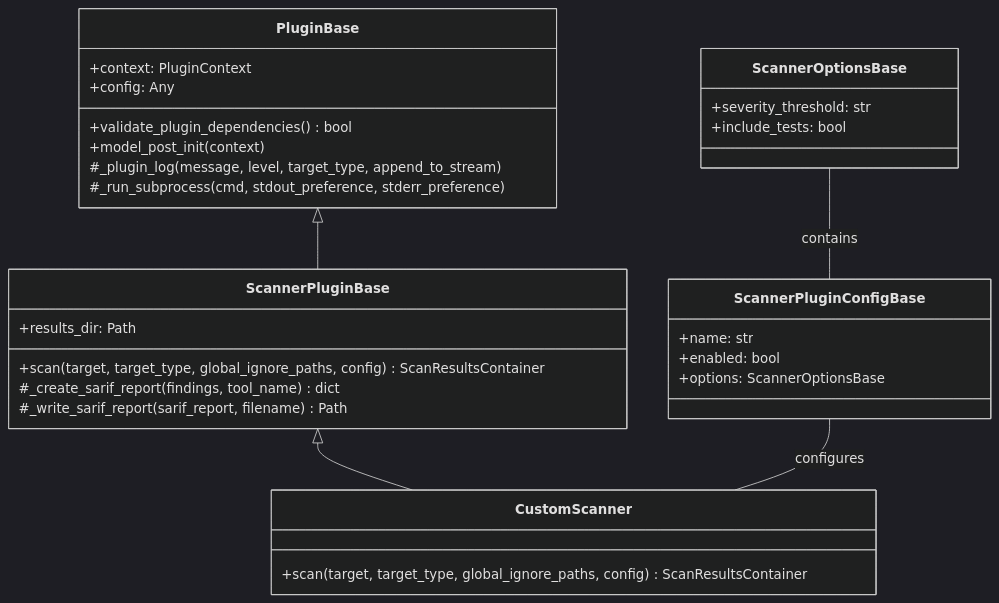
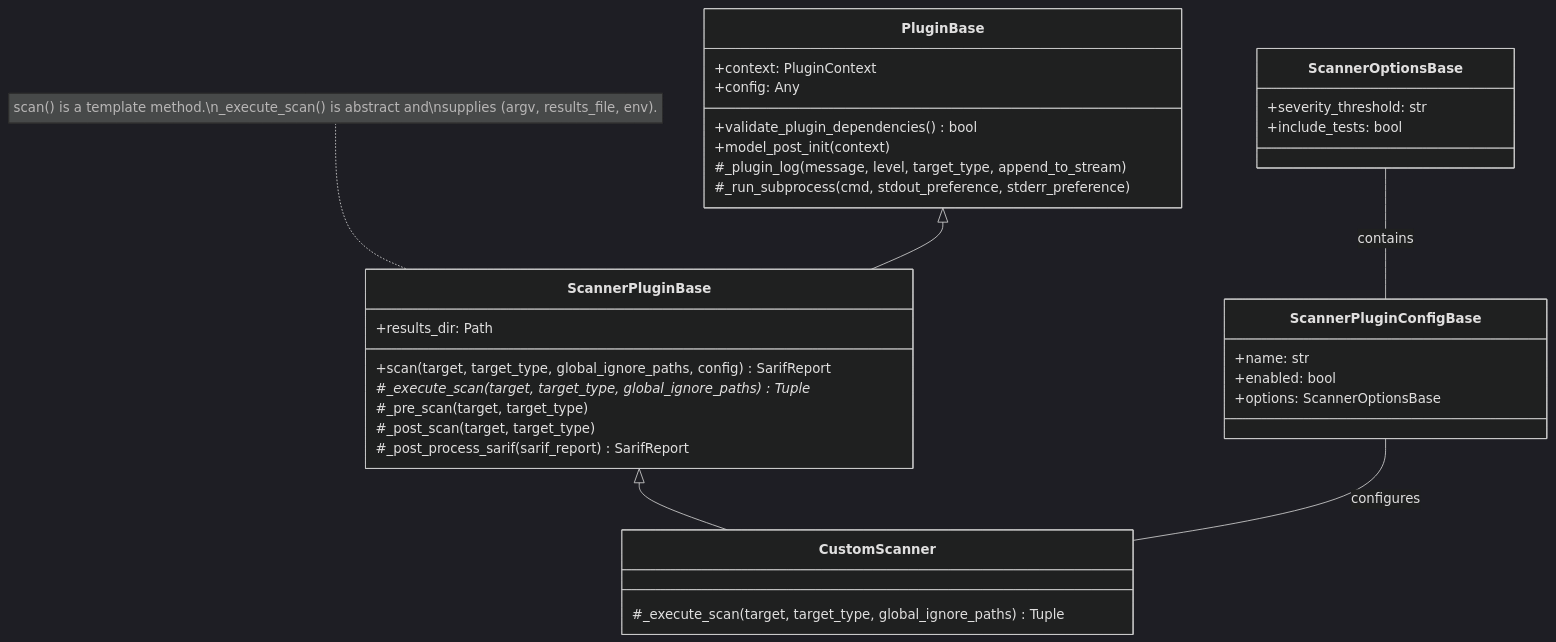
The third of 5 diagrams in docs/content/docs/plugins/scanner-plugins-diagrams.md (awslabs/automated-security-helper), drawn with Mermaid (dark theme) before and after one commit. The commit also changed 2 other files, not shown here.

First paragraph of the commit message:
docs(plugins): document the scanner template method and the abstract _execute_scan hook
Answers @rafaelpereyra's review question on this PR: yes, the refactor changes
the plugin-authoring contract, and the docs described the old one.

````diff
--- a/docs/content/docs/plugins/scanner-plugins-diagrams.md
+++ b/docs/content/docs/plugins/scanner-plugins-diagrams.md
@@ -66,38 +66,41 @@
 ```mermaid
 classDiagram
     class PluginBase {
         +context: PluginContext
         +config: Any
         +validate_plugin_dependencies() bool
         +model_post_init(context)
         #_plugin_log(message, level, target_type, append_to_stream)
         #_run_subprocess(cmd, stdout_preference, stderr_preference)
     }
 
     class ScannerPluginBase {
-        +scan(target, target_type, global_ignore_paths, config) ScanResultsContainer
+        +scan(target, target_type, global_ignore_paths, config) SarifReport
         +results_dir: Path
-        #_create_sarif_report(findings, tool_name) dict
-        #_write_sarif_report(sarif_report, filename) Path
+        #_execute_scan(target, target_type, global_ignore_paths)* Tuple
+        #_pre_scan(target, target_type)
+        #_post_scan(target, target_type)
+        #_post_process_sarif(sarif_report) SarifReport
     }
+    note for ScannerPluginBase "scan() is a template method.\n_execute_scan() is abstract and\nsupplies (argv, results_file, env)."
 
     class ScannerPluginConfigBase {
         +name: str
         +enabled: bool
         +options: ScannerOptionsBase
     }
 
     class ScannerOptionsBase {
         +severity_threshold: str
         +include_tests: bool
     }
 
     class CustomScanner {
-        +scan(target, target_type, global_ignore_paths, config) ScanResultsContainer
+        #_execute_scan(target, target_type, global_ignore_paths) Tuple
     }
 
     PluginBase <|-- ScannerPluginBase
     ScannerPluginBase <|-- CustomScanner
     ScannerPluginConfigBase -- CustomScanner : configures
     ScannerOptionsBase -- ScannerPluginConfigBase : contains
 ```
````
